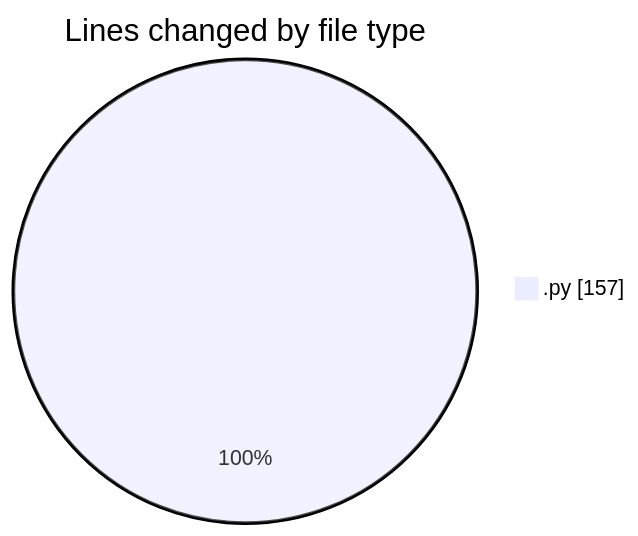
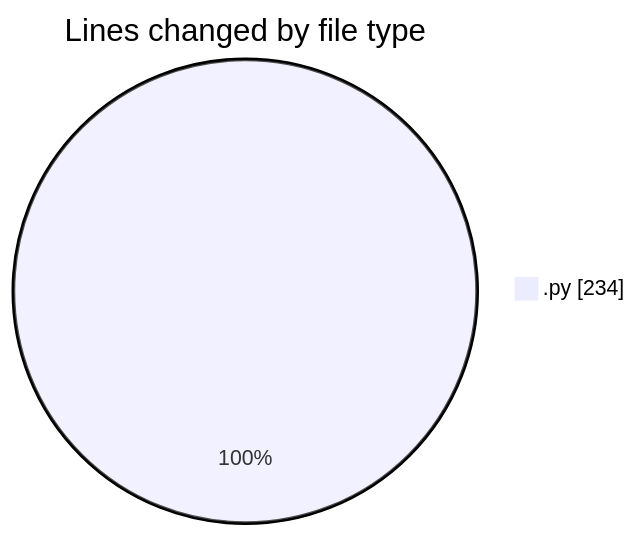
The first of 2 diagrams in 2025-01-02/ai/README.md (ernivani/code-tracking), drawn with Mermaid before and after one commit. The commit also changed other lines of this file and 1 other file, not shown here.

````diff
--- a/2025-01-02/ai/README.md
+++ b/2025-01-02/ai/README.md
@@ -21,5 +21,5 @@
 ```mermaid
 pie showData
 title Lines changed by file type
-".py" : 157
+".py" : 234
 ```
````
